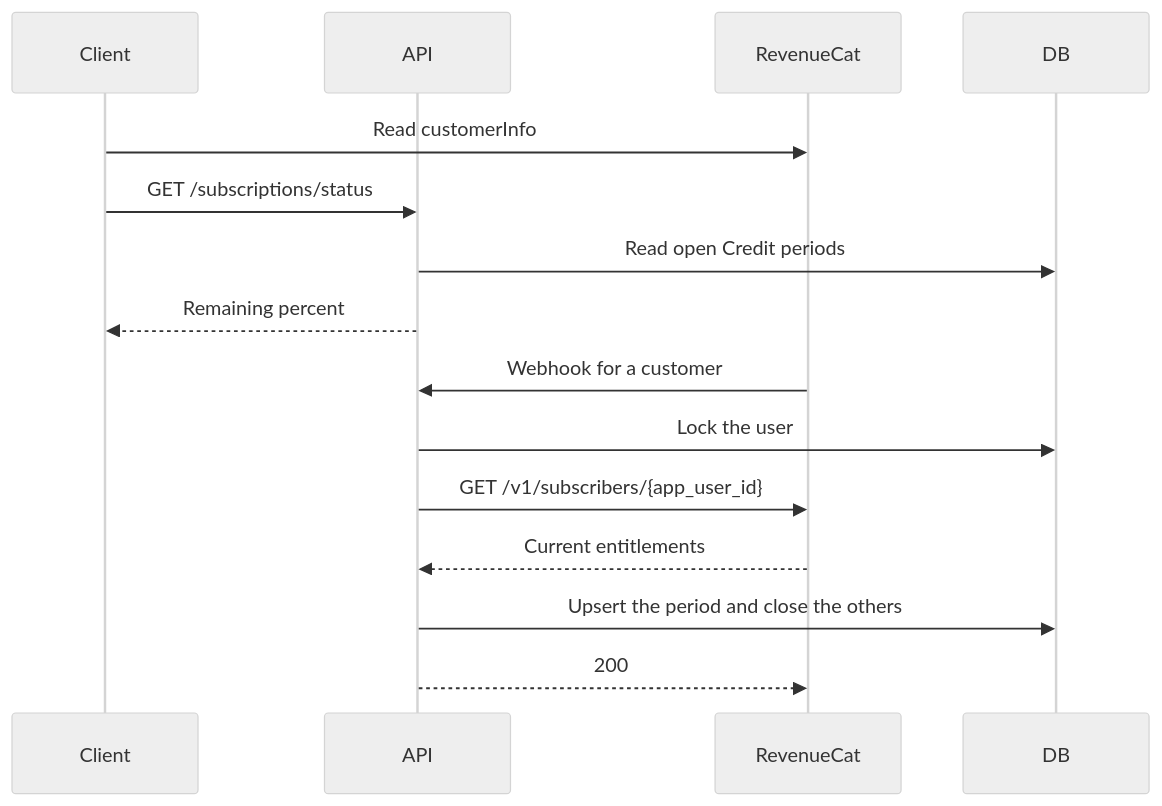
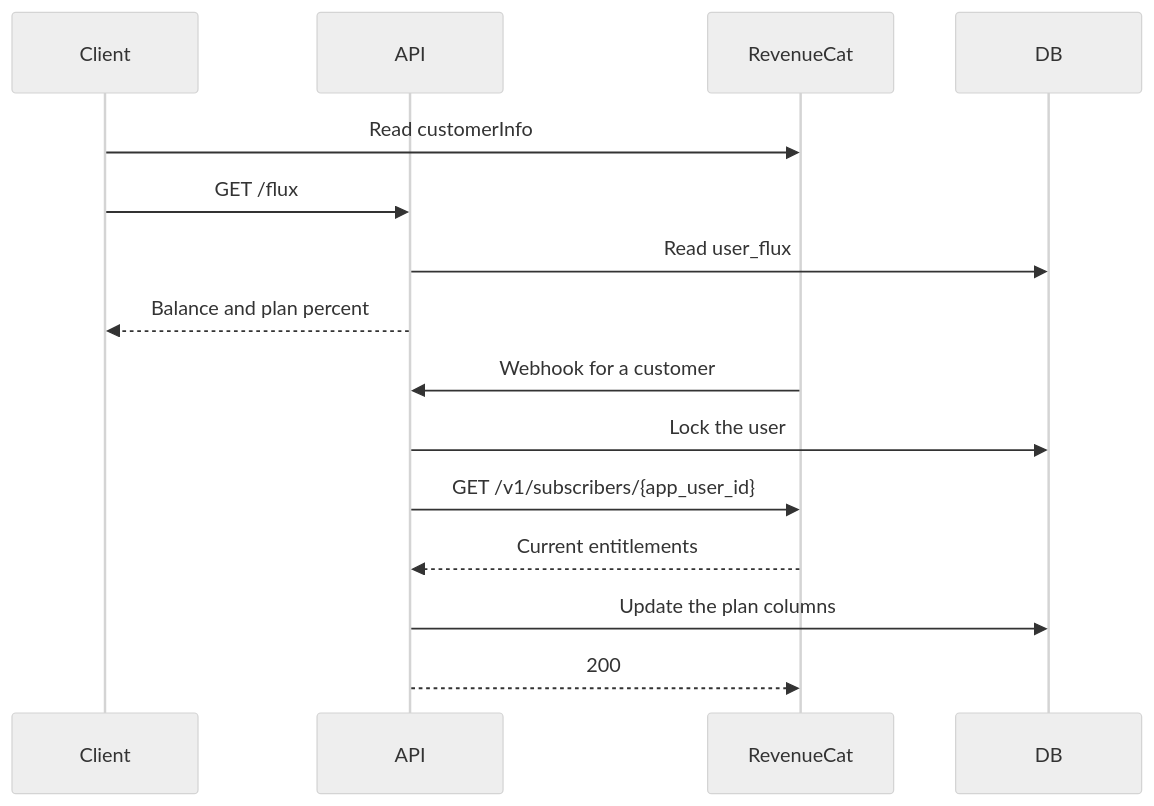
Before and after one commit to moeru-ai/airi: the second of 2 diagrams in server/docs/ai/adr/2026-10-04-subscription-credits.md, drawn with Mermaid (neutral theme). The commit also changed other lines of this file and 56 other files, not shown here.

First line of the commit message:
refactor(billing): fold plan credits into the flux ledger

````diff
--- a/server/docs/ai/adr/2026-10-04-subscription-credits.md
+++ b/server/docs/ai/adr/2026-10-04-subscription-credits.md
@@ -98,17 +119,17 @@
 ```mermaid
 sequenceDiagram
   participant Client
   participant API
   participant RC as RevenueCat
   participant DB
   Client->>RC: Read customerInfo
-  Client->>API: GET /subscriptions/status
-  API->>DB: Read open Credit periods
-  API-->>Client: Remaining percent
+  Client->>API: GET /flux
+  API->>DB: Read user_flux
+  API-->>Client: Balance and plan percent
   RC->>API: Webhook for a customer
   API->>DB: Lock the user
   API->>RC: GET /v1/subscribers/{app_user_id}
   RC-->>API: Current entitlements
-  API->>DB: Upsert the period and close the others
+  API->>DB: Update the plan columns
   API-->>RC: 200
 ```
````
